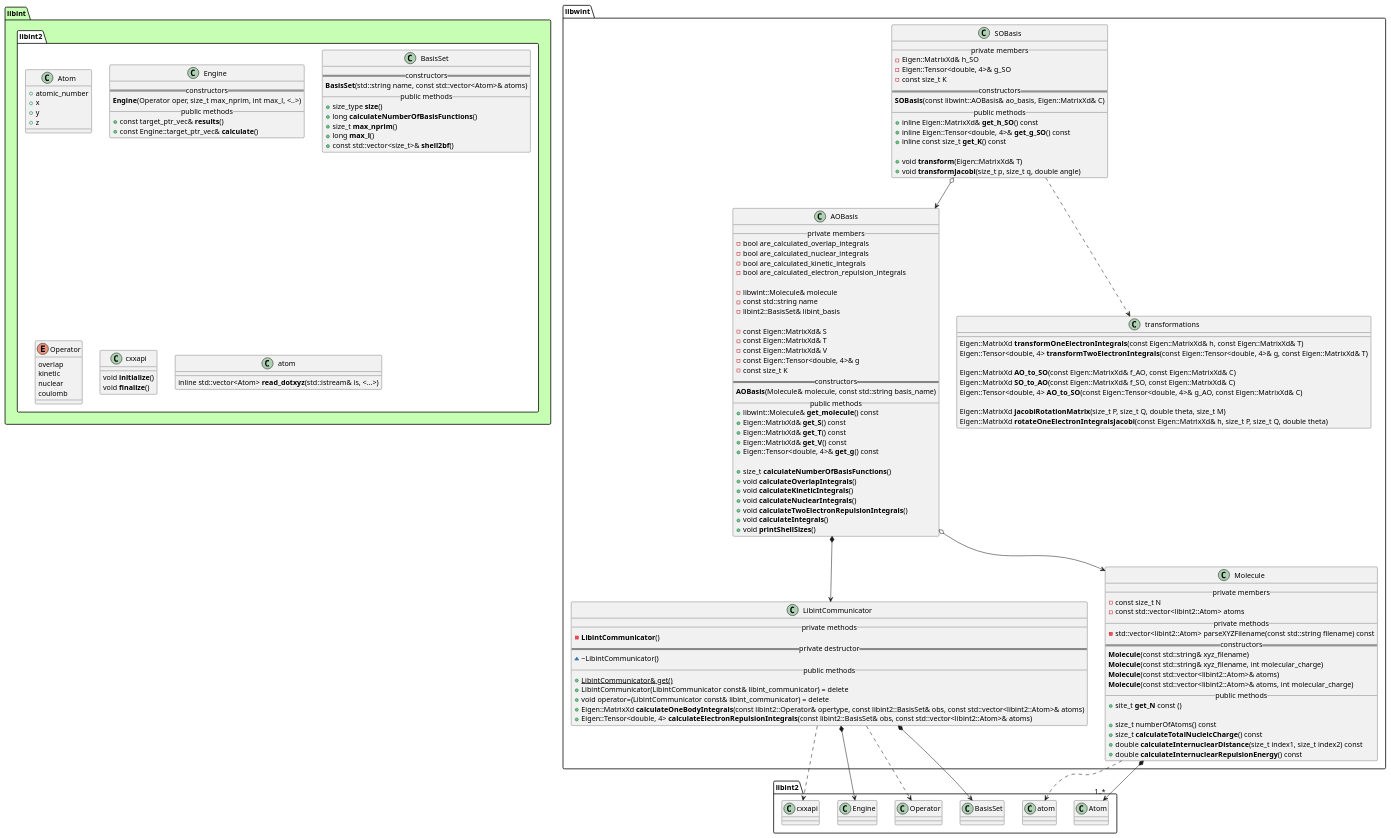
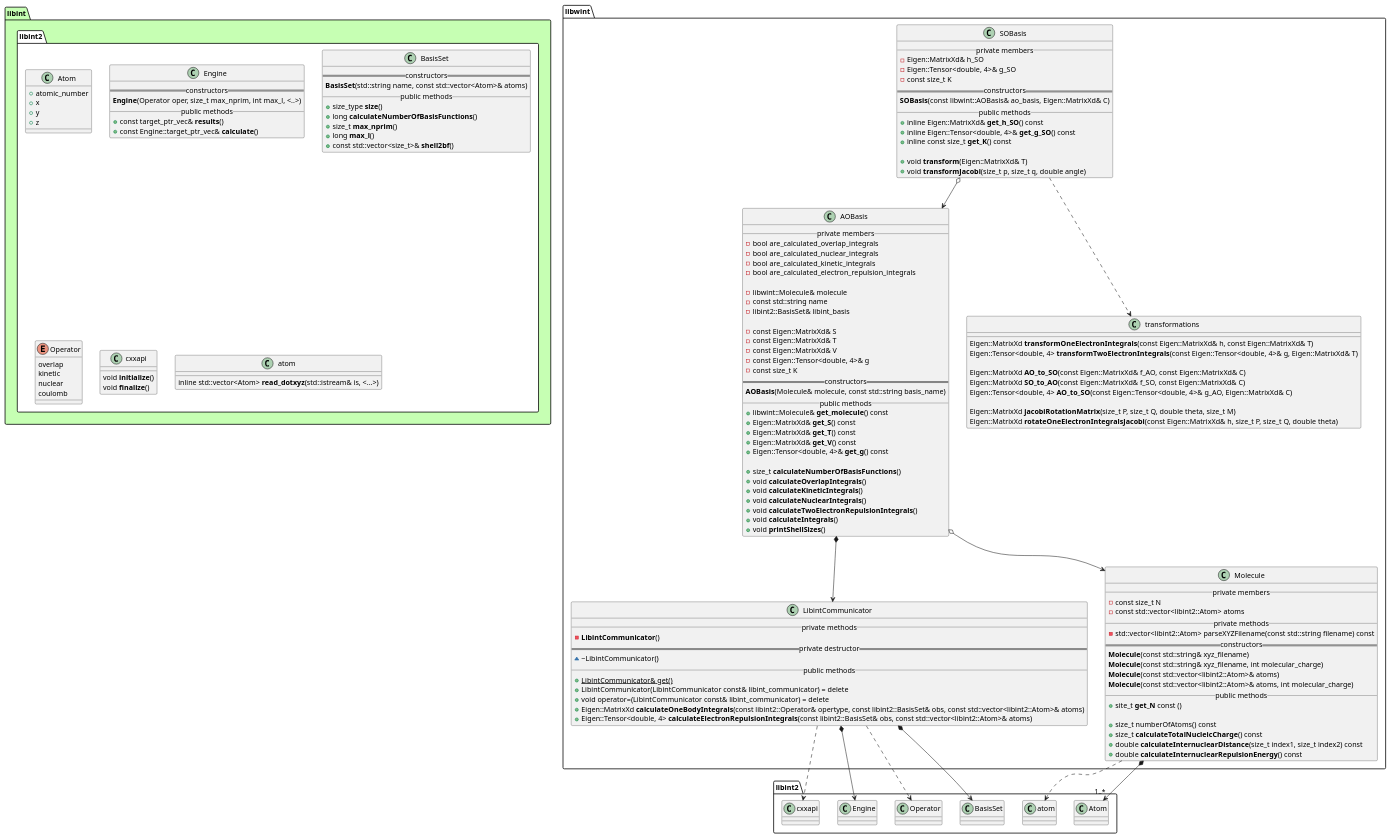
The diagram in docs/libwint.puml (tmhuysen/libwint), drawn with PlantUML before and after one commit. The commit also changed 9 other files, not shown here.

```diff
--- a/docs/libwint.puml
+++ b/docs/libwint.puml
@@ -1,174 +1,174 @@
 @startuml
 
 
 
 package libint #c6ffb3 {
     namespace libint2 #ffffff {
         class Atom {
             + atomic_number
             + x
             + y
             + z
         }
 
         class Engine {
             == constructors ==
                 **Engine**(Operator oper, size_t max_nprim, int max_l, <..>)
             __ public methods __
                 + const target_ptr_vec& **results**()
                 + const Engine::target_ptr_vec& **calculate**()
         }
 
         class BasisSet {
             == constructors ==
                 **BasisSet**(std::string name, const std::vector<Atom>& atoms)
             __ public methods __
                 + size_type **size**()
                 + long **calculateNumberOfBasisFunctions**()
                 + size_t **max_nprim**()
                 + long **max_l**()
                 + const std::vector<size_t>& **shell2bf**()
         }
 
         enum Operator {
             overlap
             kinetic
             nuclear
             coulomb
         }
 
         class cxxapi {
                 void **initialize**()
                 void **finalize**()
         }
 
         class atom {
             inline std::vector<Atom> **read_dotxyz**(std::istream& is, <...>)
         }
     }
 }
 
 
 
 
 namespace libwint {
 
     class AOBasis {
         __ private members __
             - bool are_calculated_overlap_integrals
             - bool are_calculated_nuclear_integrals
             - bool are_calculated_kinetic_integrals
             - bool are_calculated_electron_repulsion_integrals
 
             - libwint::Molecule& molecule
             - const std::string name
             - libint2::BasisSet& libint_basis
 
             - const Eigen::MatrixXd& S
             - const Eigen::MatrixXd& T
             - const Eigen::MatrixXd& V
             - const Eigen::Tensor<double, 4>& g
             - const size_t K
         == constructors ==
             **AOBasis**(Molecule& molecule, const std::string basis_name)
         __ public methods __
             + libwint::Molecule& **get_molecule**() const
             + Eigen::MatrixXd& **get_S**() const
             + Eigen::MatrixXd& **get_T**() const
             + Eigen::MatrixXd& **get_V**() const
             + Eigen::Tensor<double, 4>& **get_g**() const
 
             + size_t **calculateNumberOfBasisFunctions**()
             + void **calculateOverlapIntegrals**()
             + void **calculateKineticIntegrals**()
             + void **calculateNuclearIntegrals**()
             + void **calculateTwoElectronRepulsionIntegrals**()
             + void **calculateIntegrals**()
             + void **printShellSizes**()
     }
 
 
     class SOBasis {
         __ private members __
             - Eigen::MatrixXd& h_SO
             - Eigen::Tensor<double, 4>& g_SO
             - const size_t K
         == constructors ==
             **SOBasis**(const libwint::AOBasis& ao_basis, Eigen::MatrixXd& C)
         __ public methods __
             + inline Eigen::MatrixXd& **get_h_SO**() const
             + inline Eigen::Tensor<double, 4>& **get_g_SO**() const
             + inline const size_t **get_K**() const
 
             + void **transform**(Eigen::MatrixXd& T)
             + void **transformJacobi**(size_t p, size_t q, double angle)
     }
 
 
     class transformations {
             Eigen::MatrixXd **transformOneElectronIntegrals**(const Eigen::MatrixXd& h, const Eigen::MatrixXd& T)
-            Eigen::Tensor<double, 4> **transformTwoElectronIntegrals**(const Eigen::Tensor<double, 4>& g, const Eigen::MatrixXd& T)
+            Eigen::Tensor<double, 4> **transformTwoElectronIntegrals**(const Eigen::Tensor<double, 4>& g, Eigen::MatrixXd& T)
 
             Eigen::MatrixXd **AO_to_SO**(const Eigen::MatrixXd& f_AO, const Eigen::MatrixXd& C)
             Eigen::MatrixXd **SO_to_AO**(const Eigen::MatrixXd& f_SO, const Eigen::MatrixXd& C)
-            Eigen::Tensor<double, 4> **AO_to_SO**(const Eigen::Tensor<double, 4>& g_AO, const Eigen::MatrixXd& C)
+            Eigen::Tensor<double, 4> **AO_to_SO**(const Eigen::Tensor<double, 4>& g_AO, Eigen::MatrixXd& C)
 
             Eigen::MatrixXd **jacobiRotationMatrix**(size_t P, size_t Q, double theta, size_t M)
             Eigen::MatrixXd **rotateOneElectronIntegralsJacobi**(const Eigen::MatrixXd& h, size_t P, size_t Q, double theta)
     }
 
 
     class LibintCommunicator {
         __ private methods __
             - **LibintCommunicator**()
         == private destructor ==
             ~ ~LibintCommunicator()
         __ public methods __
             + {static} LibintCommunicator& get()
             + LibintCommunicator(LibintCommunicator const& libint_communicator) = delete
             + void operator=(LibintCommunicator const& libint_communicator) = delete
             + Eigen::MatrixXd **calculateOneBodyIntegrals**(const libint2::Operator& opertype, const libint2::BasisSet& obs, const std::vector<libint2::Atom>& atoms)
             + Eigen::Tensor<double, 4> **calculateElectronRepulsionIntegrals**(const libint2::BasisSet& obs, const std::vector<libint2::Atom>& atoms)
     }
 
 
     class Molecule {
         __ private members __
             - const size_t N
             - const std::vector<libint2::Atom> atoms
         __ private methods __
             - std::vector<libint2::Atom> parseXYZFilename(const std::string filename) const
         == constructors ==
             **Molecule**(const std::string& xyz_filename)
             **Molecule**(const std::string& xyz_filename, int molecular_charge)
             **Molecule**(const std::vector<libint2::Atom>& atoms)
             **Molecule**(const std::vector<libint2::Atom>& atoms, int molecular_charge)
         __ public methods __
             + site_t **get_N** const ()
 
             + size_t numberOfAtoms() const
             + size_t **calculateTotalNucleicCharge**() const
             + double **calculateInternuclearDistance**(size_t index1, size_t index2) const
             + double **calculateInternuclearRepulsionEnergy**() const
     }
 
 }
 
 
 
 libwint.AOBasis o--> libwint.Molecule
 libwint.AOBasis *--> libwint.LibintCommunicator
 
 libwint.LibintCommunicator *--> libint2.BasisSet
 libwint.LibintCommunicator ..> libint2.Operator
 libwint.LibintCommunicator *--> libint2.Engine
 libwint.LibintCommunicator ..> libint2.cxxapi
 
 libwint.Molecule *--> "1..*" libint2.Atom
 libwint.Molecule ..> libint2.atom
 
 libwint.SOBasis ..> libwint.transformations
 libwint.SOBasis o--> libwint.AOBasis
 
 
 @enduml
```
